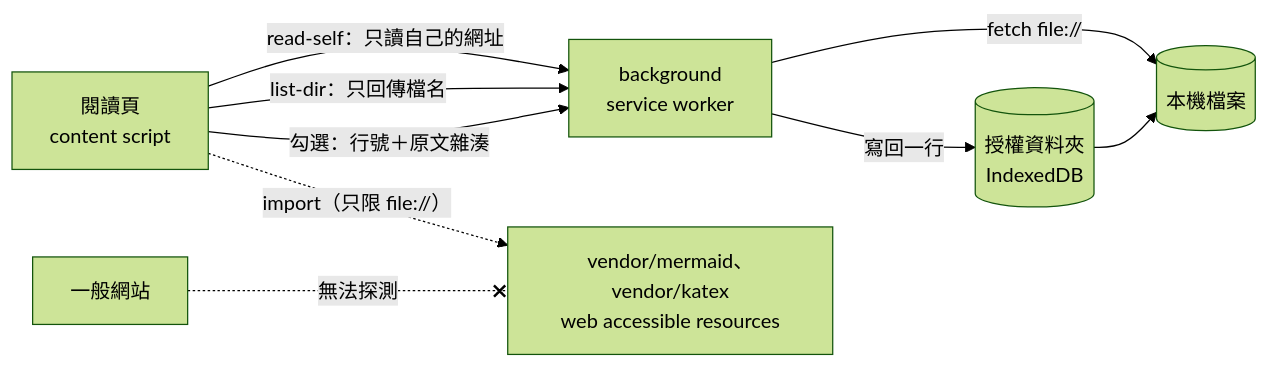
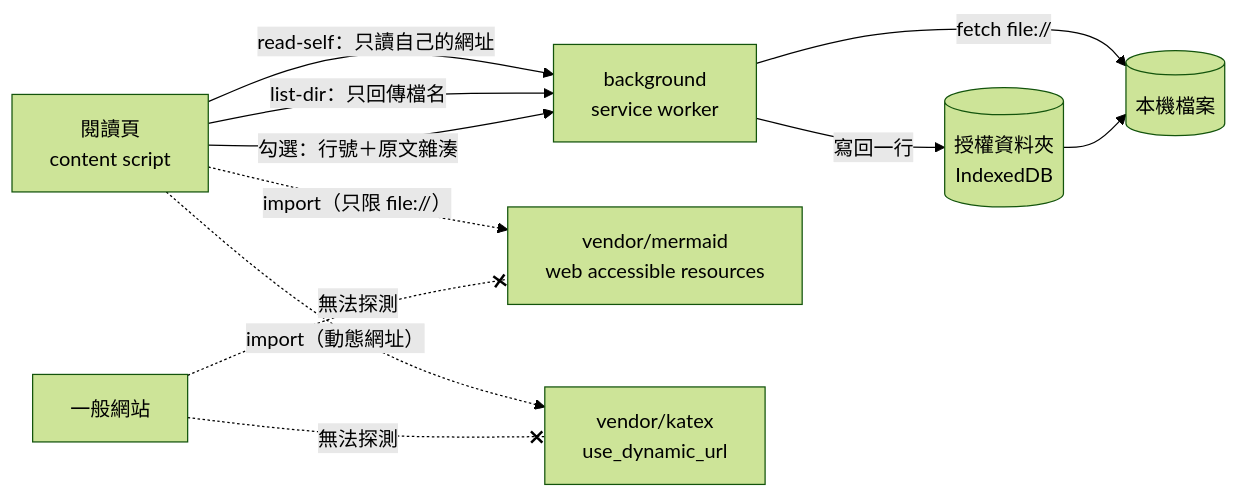
Before and after one commit to xjin9612/marklens: the diagram in docs/DEVELOPMENT.md, drawn with Mermaid (forest theme). The commit also changed other lines of this file and 12 other files, not shown here.

````diff
--- a/docs/DEVELOPMENT.md
+++ b/docs/DEVELOPMENT.md
@@ -95,11 +95,13 @@
 ```mermaid
 flowchart LR
   page["閱讀頁<br>content script"] -- "read-self：只讀自己的網址" --> bg["background<br>service worker"]
   page -- "list-dir：只回傳檔名" --> bg
   page -- "勾選：行號＋原文雜湊" --> bg
   bg -- "fetch file://" --> fs[("本機檔案")]
   bg -- "寫回一行" --> roots[("授權資料夾<br>IndexedDB")]
   roots --> fs
-  page -. "import（只限 file://）" .-> war["vendor/mermaid、vendor/katex<br>web accessible resources"]
+  page -. "import（只限 file://）" .-> war["vendor/mermaid<br>web accessible resources"]
+  page -. "import（動態網址）" .-> katex["vendor/katex<br>use_dynamic_url"]
+  web -. "無法探測" .-x katex
   web["一般網站"] -. "無法探測" .-x war
 ```
````
